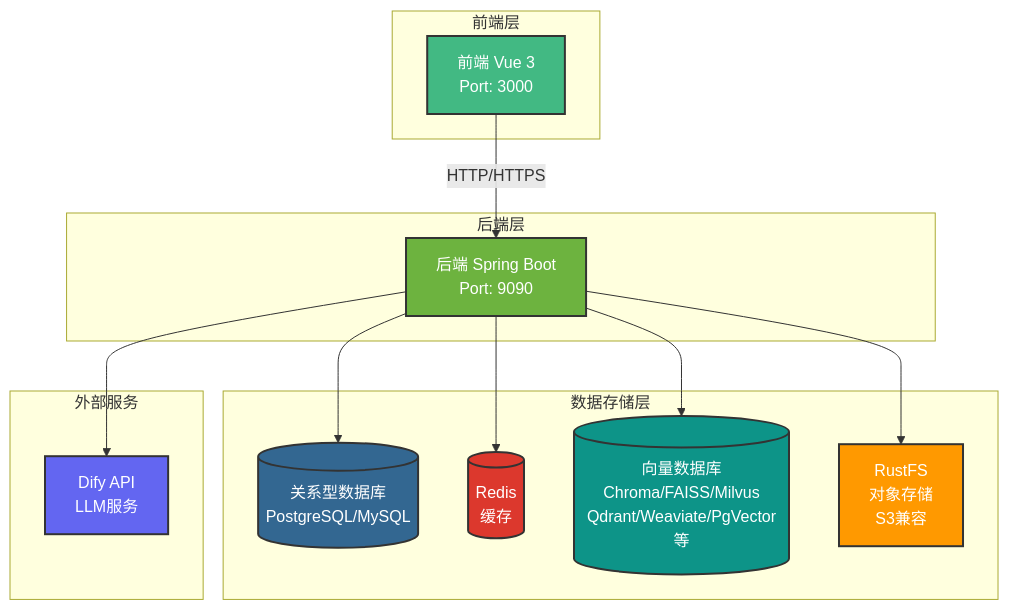
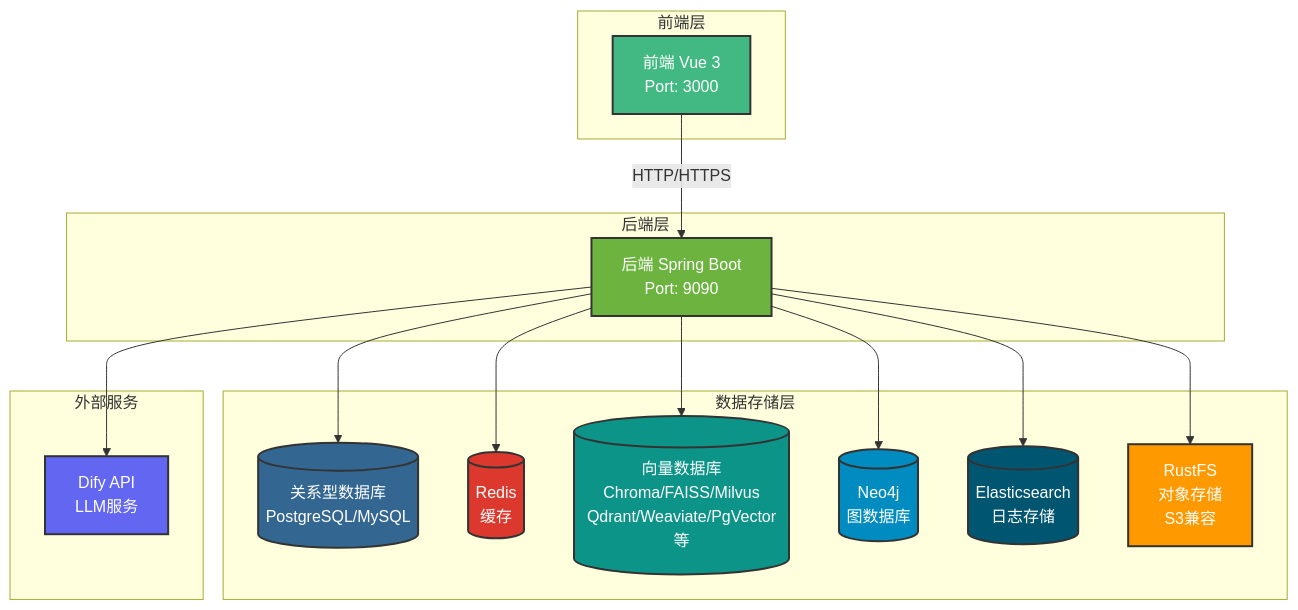
The first of 3 diagrams in README.md (NanoAgentCode/DifyApp), drawn with Mermaid before and after one commit. The commit also changed other lines of this file and 4 other files, not shown here.

````diff
--- a/README.md
+++ b/README.md
@@ -128,36 +140,42 @@
 ```mermaid
 graph TB
     subgraph "前端层"
         Frontend[前端 Vue 3<br/>Port: 3000]
     end
     
     subgraph "后端层"
         Backend[后端 Spring Boot<br/>Port: 9090]
     end
     
     subgraph "数据存储层"
         DB[(关系型数据库<br/>PostgreSQL/MySQL)]
         Redis[(Redis<br/>缓存)]
         VectorDB[(向量数据库<br/>Chroma/FAISS/Milvus<br/>Qdrant/Weaviate/PgVector等)]
+        Neo4j[(Neo4j<br/>图数据库)]
+        ES[(Elasticsearch<br/>日志存储)]
         RustFS[RustFS<br/>对象存储<br/>S3兼容]
     end
     
     subgraph "外部服务"
         DifyAPI[Dify API<br/>LLM服务]
     end
     
     Frontend -->|HTTP/HTTPS| Backend
     Backend --> DB
     Backend --> Redis
     Backend --> VectorDB
+    Backend --> Neo4j
+    Backend --> ES
     Backend --> RustFS
     Backend --> DifyAPI
     
     style Frontend fill:#42b983,stroke:#333,stroke-width:2px,color:#fff
     style Backend fill:#6db33f,stroke:#333,stroke-width:2px,color:#fff
     style DB fill:#336791,stroke:#333,stroke-width:2px,color:#fff
     style Redis fill:#dc382d,stroke:#333,stroke-width:2px,color:#fff
     style VectorDB fill:#0d9488,stroke:#333,stroke-width:2px,color:#fff
+    style Neo4j fill:#008cc1,stroke:#333,stroke-width:2px,color:#fff
+    style ES fill:#005571,stroke:#333,stroke-width:2px,color:#fff
     style RustFS fill:#ff9900,stroke:#333,stroke-width:2px,color:#fff
     style DifyAPI fill:#6366f1,stroke:#333,stroke-width:2px,color:#fff
 ```
````
